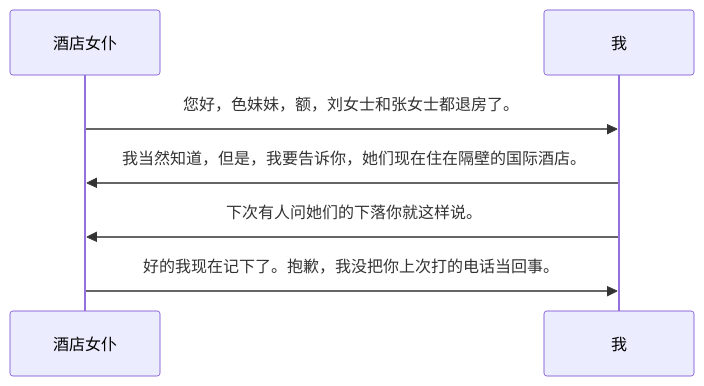
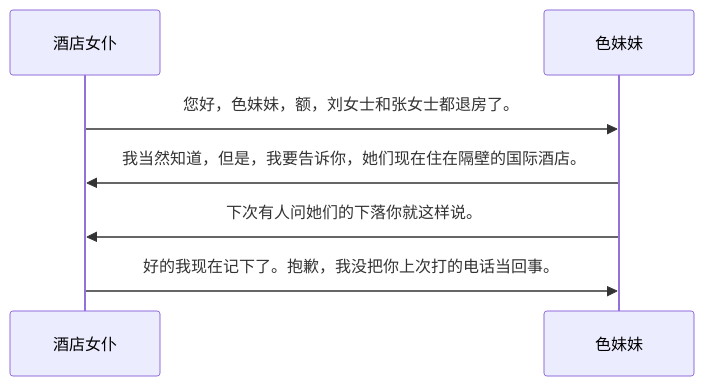
Diagram 19 of 27 in content/posts/the-comments-system.md (sb-child/sb-child), drawn with Mermaid before and after one commit. The commit also changed other lines of this file, not shown here.

````diff
--- a/content/posts/the-comments-system.md
+++ b/content/posts/the-comments-system.md
@@ -386,7 +386,7 @@
 ```mermaid
 sequenceDiagram
-    酒店女仆->>我: 您好，色妹妹，额，刘女士和张女士都退房了。
-    我->>酒店女仆: 我当然知道，但是，我要告诉你，她们现在住在隔壁的国际酒店。
-    我->>酒店女仆: 下次有人问她们的下落你就这样说。
-    酒店女仆->>我: 好的我现在记下了。抱歉，我没把你上次打的电话当回事。
+    酒店女仆->>色妹妹: 您好，色妹妹，额，刘女士和张女士都退房了。
+    色妹妹->>酒店女仆: 我当然知道，但是，我要告诉你，她们现在住在隔壁的国际酒店。
+    色妹妹->>酒店女仆: 下次有人问她们的下落你就这样说。
+    酒店女仆->>色妹妹: 好的我现在记下了。抱歉，我没把你上次打的电话当回事。
 ```
````
